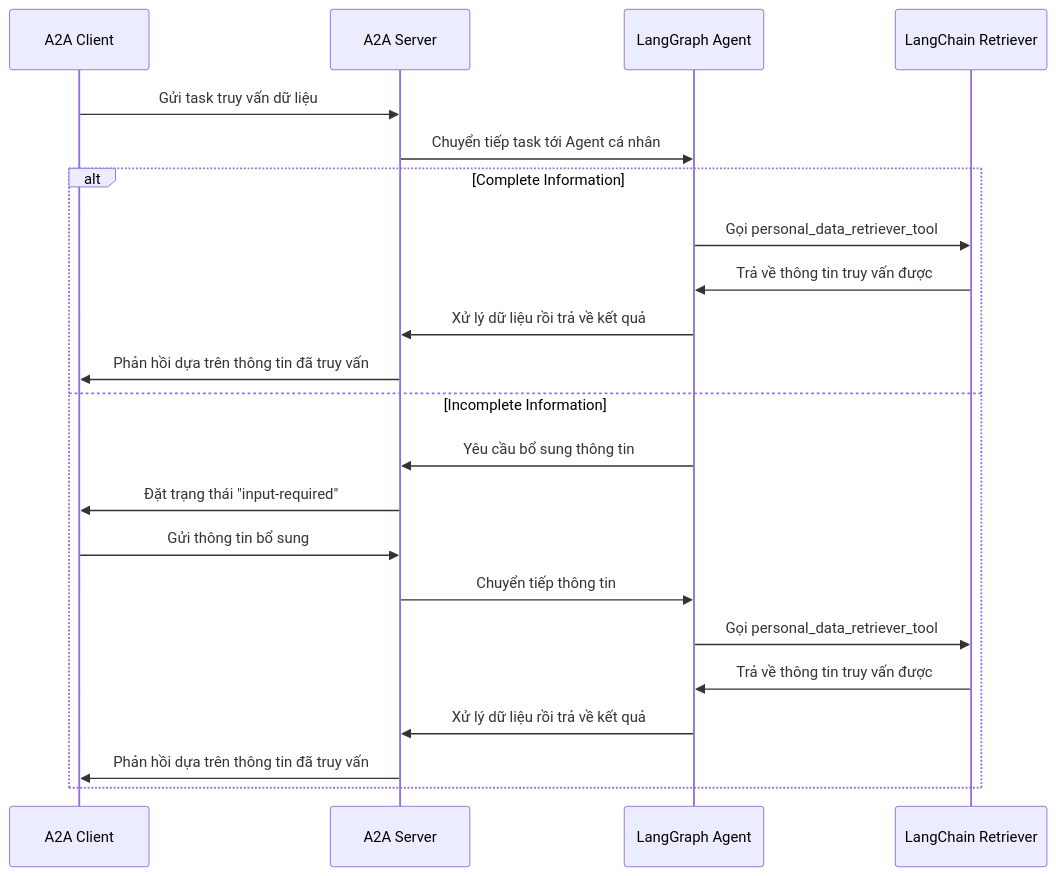
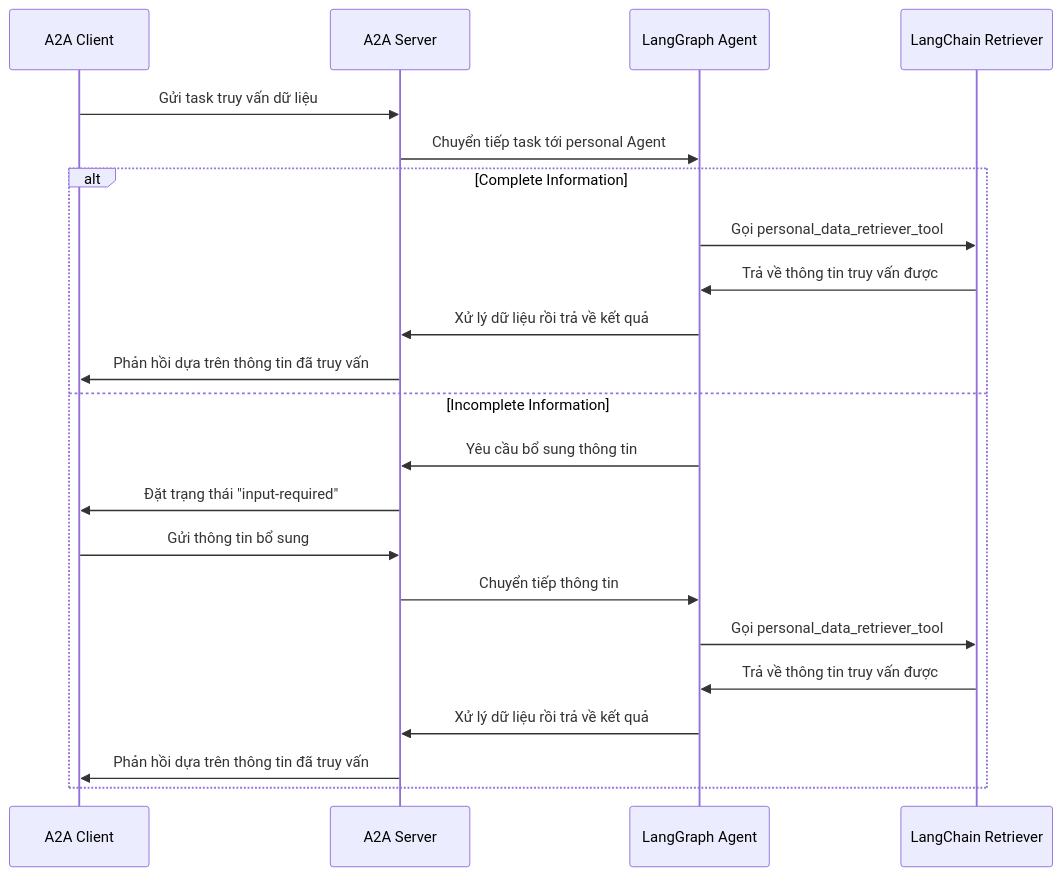
One commit to HuNguyen51/AI-agent-for-medical changed the diagram in agents/README.md. Above: the diagram before and after it, drawn with Mermaid. The commit also changed 3 other files, not shown here.

````diff
--- a/agents/README.md
+++ b/agents/README.md
@@ -11,26 +11,26 @@
 ```mermaid
 sequenceDiagram
     participant Client as A2A Client
     participant Server as A2A Server
     participant Agent as LangGraph Agent
     participant Retriever as LangChain Retriever
 
     Client->>Server: Gửi task truy vấn dữ liệu
-    Server->>Agent:  Chuyển tiếp task tới Agent cá nhân
+    Server->>Agent:  Chuyển tiếp task tới personal Agent
 
     alt Complete Information
         Agent->>Retriever: Gọi personal_data_retriever_tool
         Retriever->>Agent: Trả về thông tin truy vấn được
         Agent->>Server: Xử lý dữ liệu rồi trả về kết quả
         Server->>Client: Phản hồi dựa trên thông tin đã truy vấn
     else Incomplete Information
         Agent->>Server: Yêu cầu bổ sung thông tin
         Server->>Client: Đặt trạng thái "input-required"
         Client->>Server: Gửi thông tin bổ sung
         Server->>Agent: Chuyển tiếp thông tin
         Agent->>Retriever: Gọi personal_data_retriever_tool
         Retriever->>Agent: Trả về thông tin truy vấn được
         Agent->>Server: Xử lý dữ liệu rồi trả về kết quả
         Server->>Client: Phản hồi dựa trên thông tin đã truy vấn
     end
 ```
````
